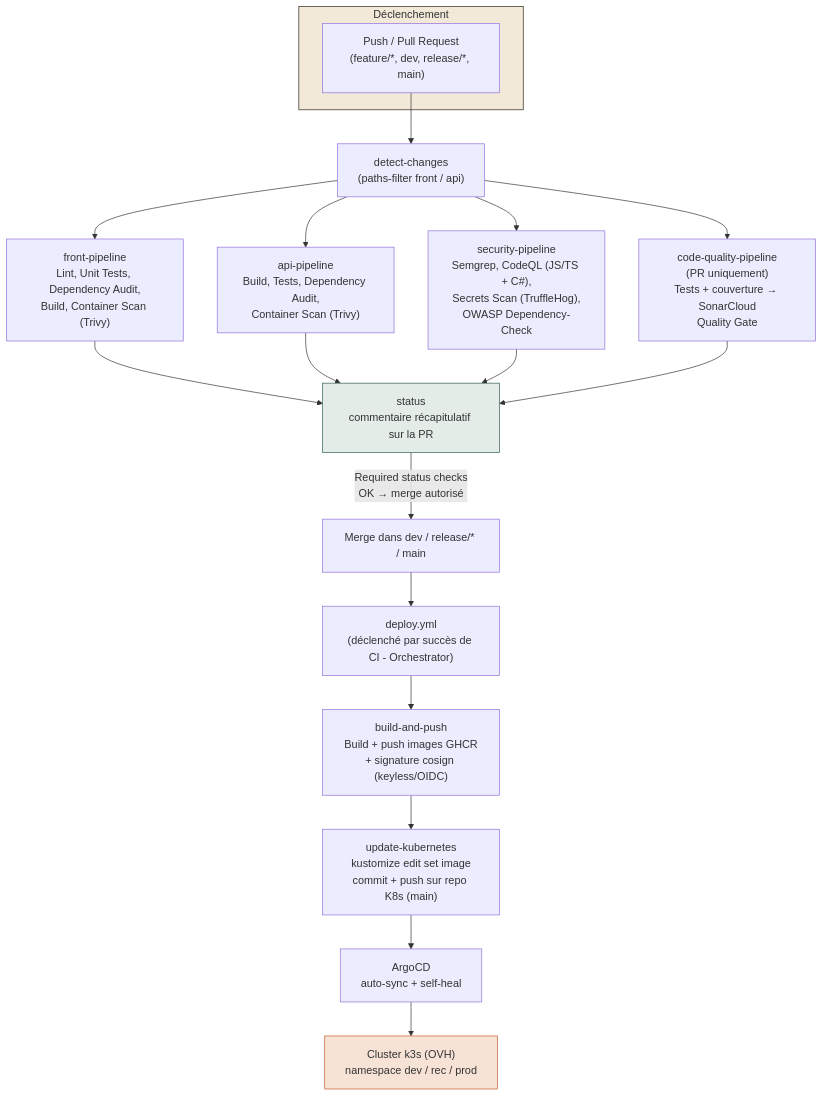
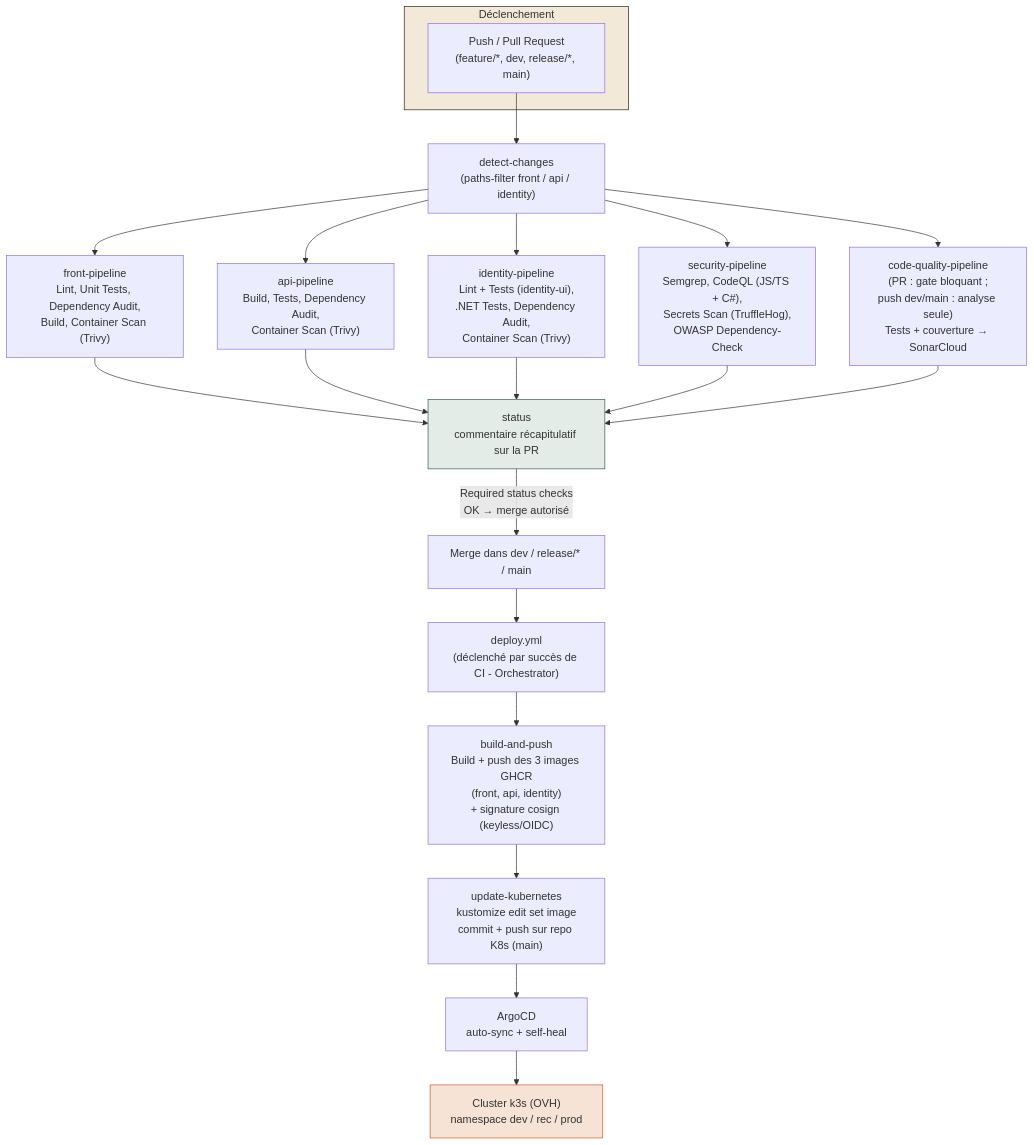
One commit to JulienForestier/CESI-CI-CD changed the diagram in docs/livrables/03-cycle-vie-devsecops-pipeline.md. Above: the diagram before and after it, drawn with Mermaid. The commit also changed 4 other files, not shown here.

````diff
--- a/docs/livrables/03-cycle-vie-devsecops-pipeline.md
+++ b/docs/livrables/03-cycle-vie-devsecops-pipeline.md
@@ -20,30 +20,32 @@
 ```mermaid
 flowchart TD
     subgraph TRIGGER["Déclenchement"]
         A["Push / Pull Request\n(feature/*, dev, release/*, main)"]
     end
 
-    A --> B["detect-changes\n(paths-filter front / api)"]
+    A --> B["detect-changes\n(paths-filter front / api / identity)"]
 
     B --> C1["front-pipeline\nLint, Unit Tests, Dependency Audit,\nBuild, Container Scan (Trivy)"]
     B --> C2["api-pipeline\nBuild, Tests, Dependency Audit,\nContainer Scan (Trivy)"]
+    B --> C2b["identity-pipeline\nLint + Tests (identity-ui),\n.NET Tests, Dependency Audit,\nContainer Scan (Trivy)"]
     B --> C3["security-pipeline\nSemgrep, CodeQL (JS/TS + C#),\nSecrets Scan (TruffleHog),\nOWASP Dependency-Check"]
-    B --> C4["code-quality-pipeline\n(PR uniquement)\nTests + couverture → SonarCloud\nQuality Gate"]
+    B --> C4["code-quality-pipeline\n(PR : gate bloquant ;\npush dev/main : analyse seule)\nTests + couverture → SonarCloud"]
 
     C1 --> D["status\ncommentaire récapitulatif sur la PR"]
     C2 --> D
+    C2b --> D
     C3 --> D
     C4 --> D
 
     D -->|"Required status checks\nOK → merge autorisé"| E["Merge dans dev / release/* / main"]
 
     E --> F["deploy.yml\n(déclenché par succès de CI - Orchestrator)"]
-    F --> G["build-and-push\nBuild + push images GHCR\n+ signature cosign (keyless/OIDC)"]
+    F --> G["build-and-push\nBuild + push des 3 images GHCR\n(front, api, identity)\n+ signature cosign (keyless/OIDC)"]
     G --> H["update-kubernetes\nkustomize edit set image\ncommit + push sur repo K8s (main)"]
     H --> I["ArgoCD\nauto-sync + self-heal"]
     I --> J["Cluster k3s (OVH)\nnamespace dev / rec / prod"]
 
     style TRIGGER fill:#f2e9d8,stroke:#29211b
     style D fill:#e4ece8,stroke:#2f5d55
     style J fill:#f6e3d6,stroke:#c25a2b
 ```
````
